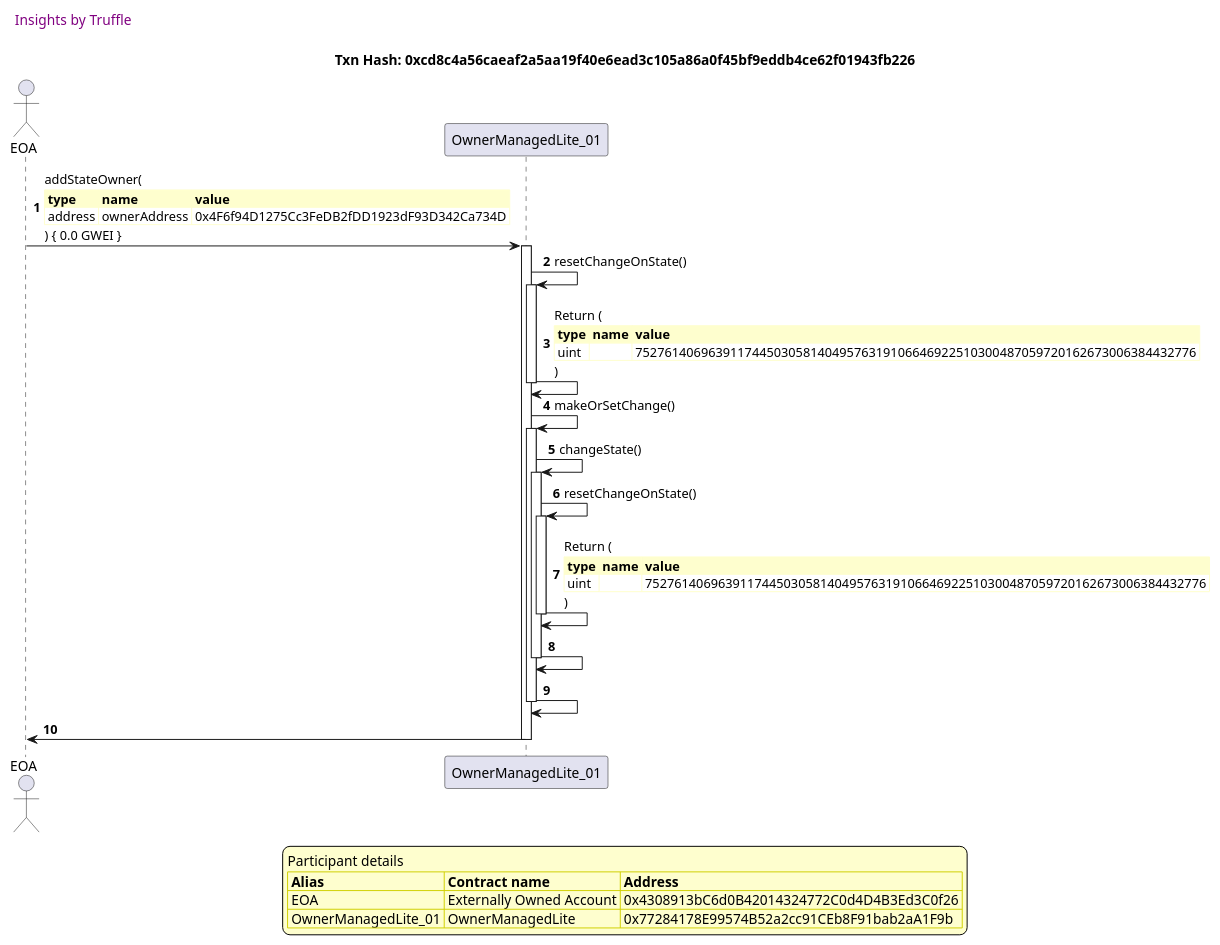
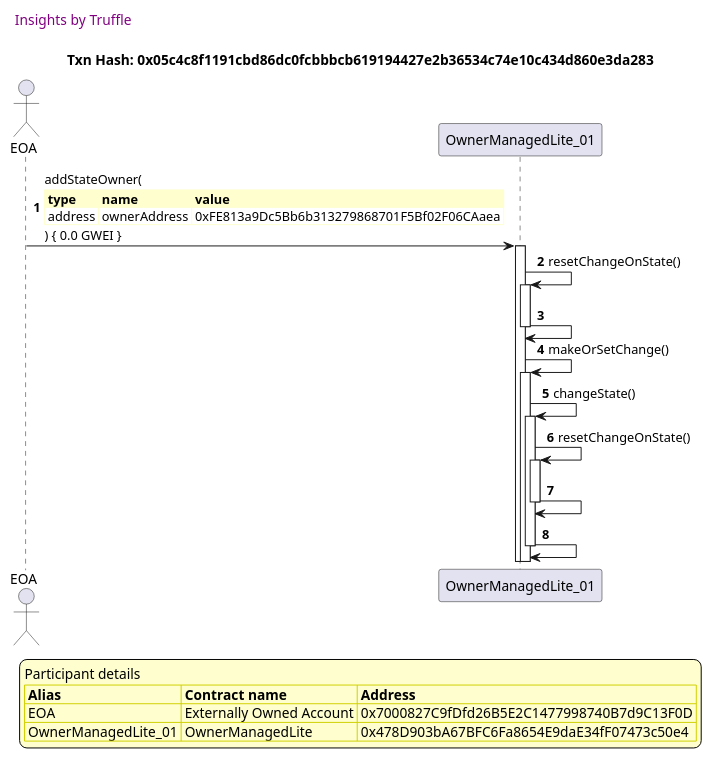
One commit to thedarkjester/ConsensysAssignment changed the ninth of 31 diagrams in truffle-seq/OwnerManagedLite_test_griefing_prevention.md. Above: the diagram before and after it, drawn with PlantUML. The commit also changed other lines of this file and 13 other files, not shown here.

````diff
--- a/truffle-seq/OwnerManagedLite_test_griefing_prevention.md
+++ b/truffle-seq/OwnerManagedLite_test_griefing_prevention.md
@@ -421,54 +399,46 @@
 ```plantuml
 
 
 @startuml
 
 autonumber
 skinparam legendBackgroundColor #FEFECE
 
 <style>
       header {
         HorizontalAlignment left
         FontColor purple
         FontSize 14
         Padding 10
       }
     </style>
 
 header Insights by Truffle
 
-title Txn Hash: 0xcd8c4a56caeaf2a5aa19f40e6ead3c105a86a0f45bf9eddb4ce62f01943fb226
+title Txn Hash: 0x05c4c8f1191cbd86dc0fcbbbcb619194427e2b36534c74e10c434d860e3da283
 
 
 actor EOA as "EOA"
 participant OwnerManagedLite_01 as "OwnerManagedLite_01"
 
 "EOA" -> "OwnerManagedLite_01" ++: addStateOwner(\n\
 <#FEFECE,#FEFECE>|= type |= name |= value |\n\
-| address | ownerAddress | 0x4F6f94D1275Cc3FeDB2fDD1923dF93D342Ca734D |\n\
+| address | ownerAddress | 0xFE813a9Dc5Bb6b313279868701F5Bf02F06CAaea |\n\
 ) { 0.0 GWEI }
 "OwnerManagedLite_01" -> "OwnerManagedLite_01" ++: resetChangeOnState()
-"OwnerManagedLite_01" -> "OwnerManagedLite_01" --: Return (\n\
-<#FEFECE,#FEFECE>|= type |= name |= value |\n\
-| uint |  | 75276140696391174450305814049576319106646922510300487059720162673006384432776 |\n\
-)
+"OwnerManagedLite_01" -> "OwnerManagedLite_01" --: 
 "OwnerManagedLite_01" -> "OwnerManagedLite_01" ++: makeOrSetChange()
 "OwnerManagedLite_01" -> "OwnerManagedLite_01" ++: changeState()
 "OwnerManagedLite_01" -> "OwnerManagedLite_01" ++: resetChangeOnState()
-"OwnerManagedLite_01" -> "OwnerManagedLite_01" --: Return (\n\
-<#FEFECE,#FEFECE>|= type |= name |= value |\n\
-| uint |  | 75276140696391174450305814049576319106646922510300487059720162673006384432776 |\n\
-)
 "OwnerManagedLite_01" -> "OwnerManagedLite_01" --: 
 "OwnerManagedLite_01" -> "OwnerManagedLite_01" --: 
-"OwnerManagedLite_01" -> "EOA" --: 
 
 legend
 Participant details
 <#FEFECE,#D0D000>|= Alias |= Contract name |= Address |
-<#FEFECE>| EOA | Externally Owned Account | 0x4308913bC6d0B42014324772C0d4D4B3Ed3C0f26 |
-<#FEFECE>| OwnerManagedLite_01 | OwnerManagedLite | 0x77284178E99574B52a2cc91CEb8F91bab2aA1F9b |
+<#FEFECE>| EOA | Externally Owned Account | 0x7000827C9fDfd26B5E2C1477998740B7d9C13F0D |
+<#FEFECE>| OwnerManagedLite_01 | OwnerManagedLite | 0x478D903bA67BFC6Fa8654E9daE34fF07473c50e4 |
 endlegend
 
 @enduml
 ```
````
